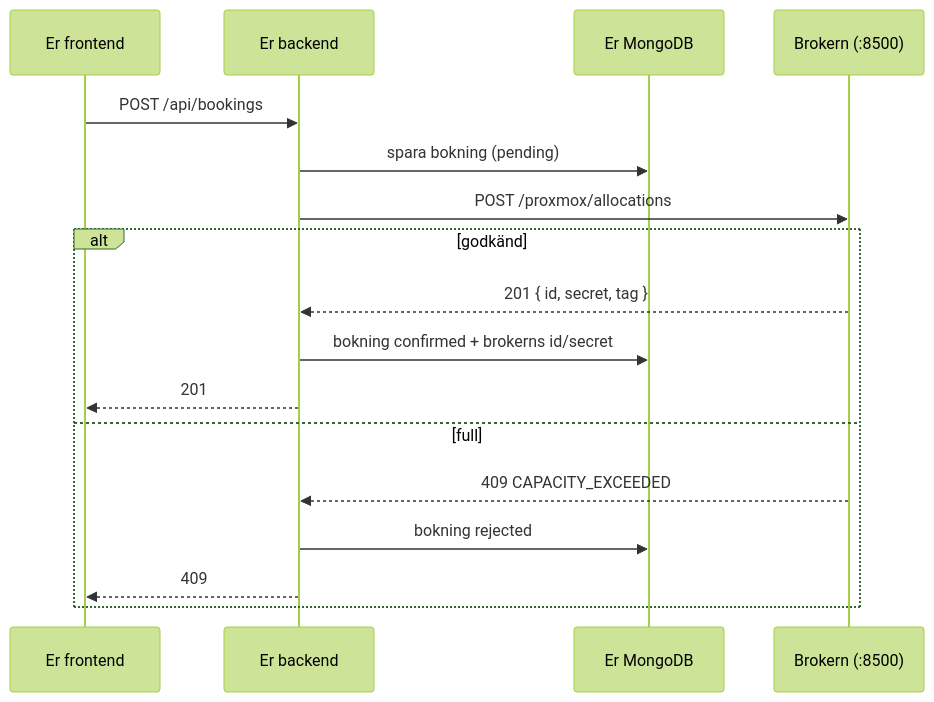
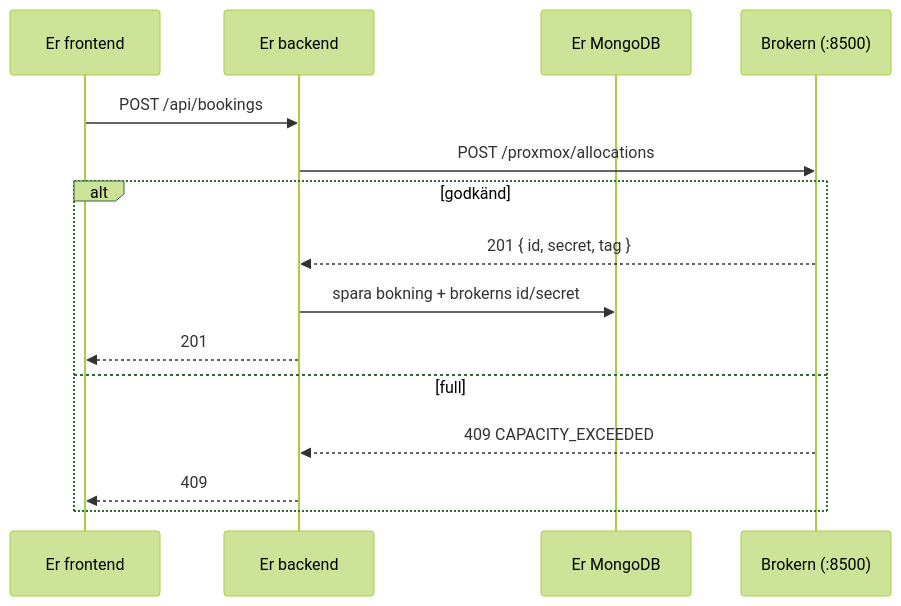
One commit to jsramverk-ht26/jsramverk-ht26.github.io changed the diagram in src/content/docs/projektet/broker.md. Above: the diagram before and after it, drawn with Mermaid (forest theme). The commit also changed other lines of this file, not shown here.

````diff
--- a/src/content/docs/projektet/broker.md
+++ b/src/content/docs/projektet/broker.md
@@ -22,19 +22,17 @@
 ```mermaid
 sequenceDiagram
     participant F as Er frontend
     participant B as Er backend
     participant DB as Er MongoDB
     participant BR as Brokern (:8500)
     F->>B: POST /api/bookings
-    B->>DB: spara bokning (pending)
     B->>BR: POST /proxmox/allocations
     alt godkänd
         BR-->>B: 201 { id, secret, tag }
-        B->>DB: bokning confirmed + brokerns id/secret
+        B->>DB: spara bokning + brokerns id/secret
         B-->>F: 201
     else full
         BR-->>B: 409 CAPACITY_EXCEEDED
-        B->>DB: bokning rejected
         B-->>F: 409
     end
 ```
````
